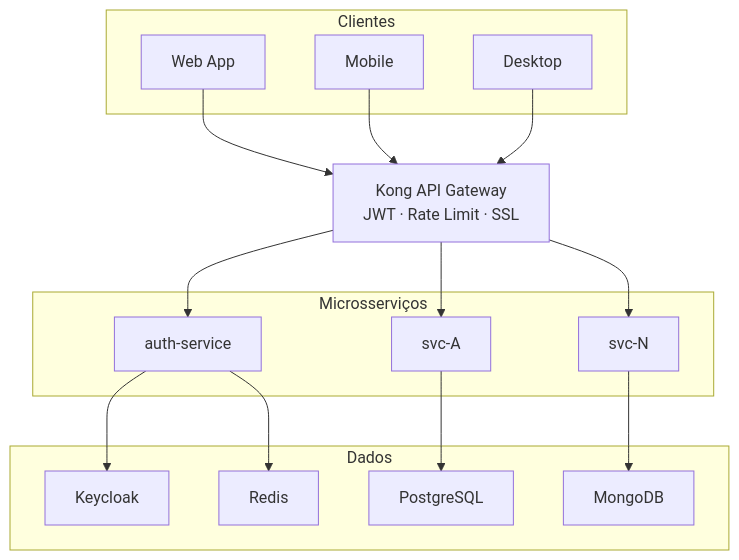
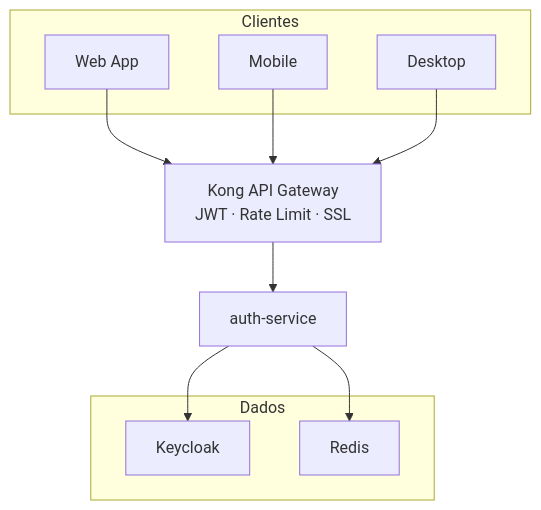
The diagram in README.md (LeoGBarros/AI_Project), drawn with Mermaid before and after one commit. The commit also changed other lines of this file and 6 other files, not shown here.

Commit message:
fix diagrams

````diff
--- a/README.md
+++ b/README.md
@@ -35,34 +35,24 @@
 ```mermaid
 graph TD
     subgraph Clientes
         WEB[Web App]
         MOB[Mobile]
         DSK[Desktop]
     end
 
     KONG[Kong API Gateway<br/>JWT · Rate Limit · SSL]
 
-    subgraph Microsserviços
-        AUTH[auth-service]
-        SVCA[svc-A]
-        SVCN[svc-N]
-    end
+    AUTH[auth-service]
 
     subgraph Dados
         KC[Keycloak]
-        PG[PostgreSQL]
-        MONGO[MongoDB]
         REDIS[Redis]
     end
 
     WEB --> KONG
     MOB --> KONG
     DSK --> KONG
     KONG --> AUTH
-    KONG --> SVCA
-    KONG --> SVCN
     AUTH --> KC
     AUTH --> REDIS
-    SVCA --> PG
-    SVCN --> MONGO
 ```
````
